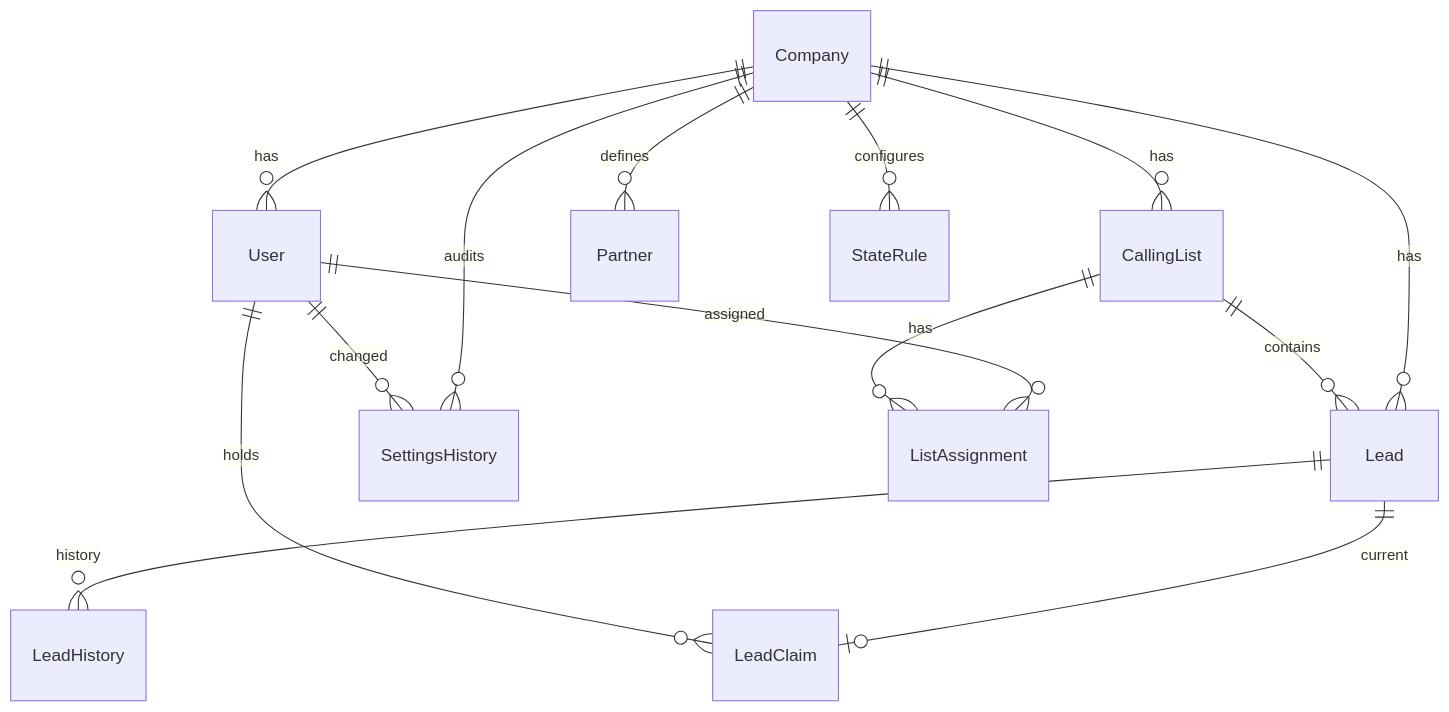
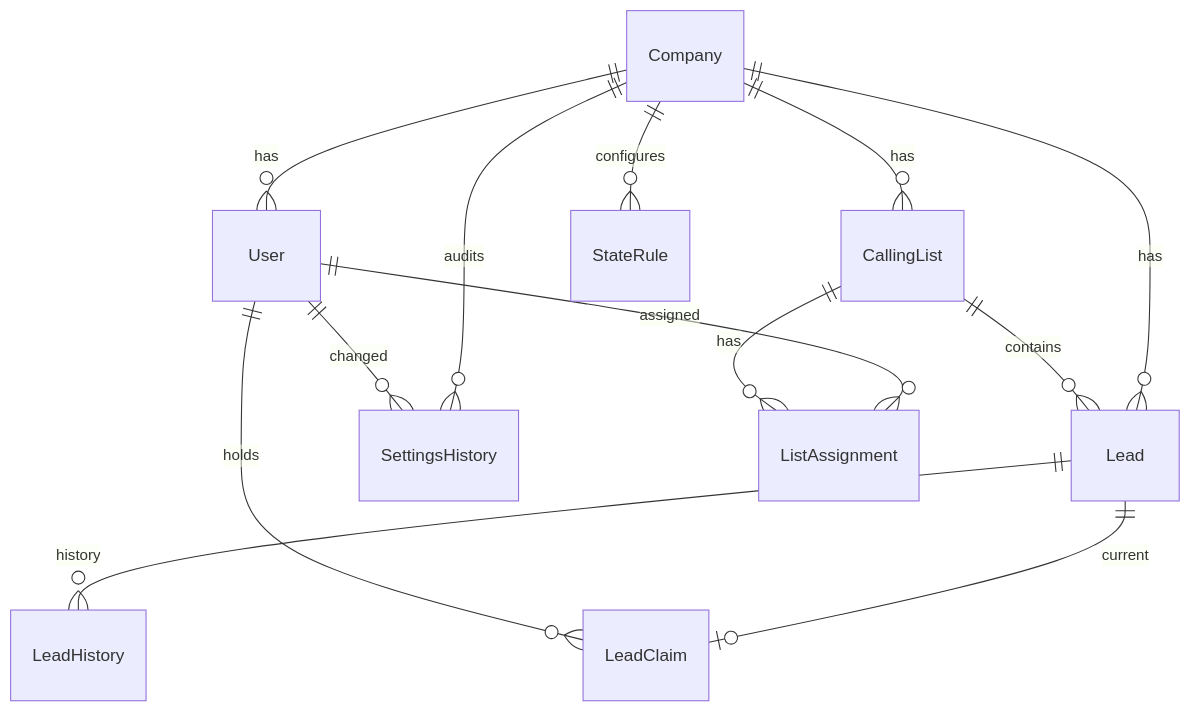
The second of 2 diagrams in plans/call-center-architecture.md (OnPointAdmin/OnPointCall), drawn with Mermaid before and after one commit. The commit also changed other lines of this file and 17 other files, not shown here.

````diff
--- a/plans/call-center-architecture.md
+++ b/plans/call-center-architecture.md
@@ -139,16 +139,15 @@
 ```mermaid
 erDiagram
   Company ||--o{ User : has
   Company ||--o{ Lead : has
   Company ||--o{ CallingList : has
-  Company ||--o{ Partner : defines
   Company ||--o{ StateRule : configures
   Company ||--o{ SettingsHistory : audits
   User ||--o{ ListAssignment : assigned
   User ||--o{ SettingsHistory : changed
   CallingList ||--o{ ListAssignment : has
   CallingList ||--o{ Lead : contains
   Lead ||--o{ LeadHistory : history
   Lead ||--o| LeadClaim : current
   User ||--o{ LeadClaim : holds
 ```
````
